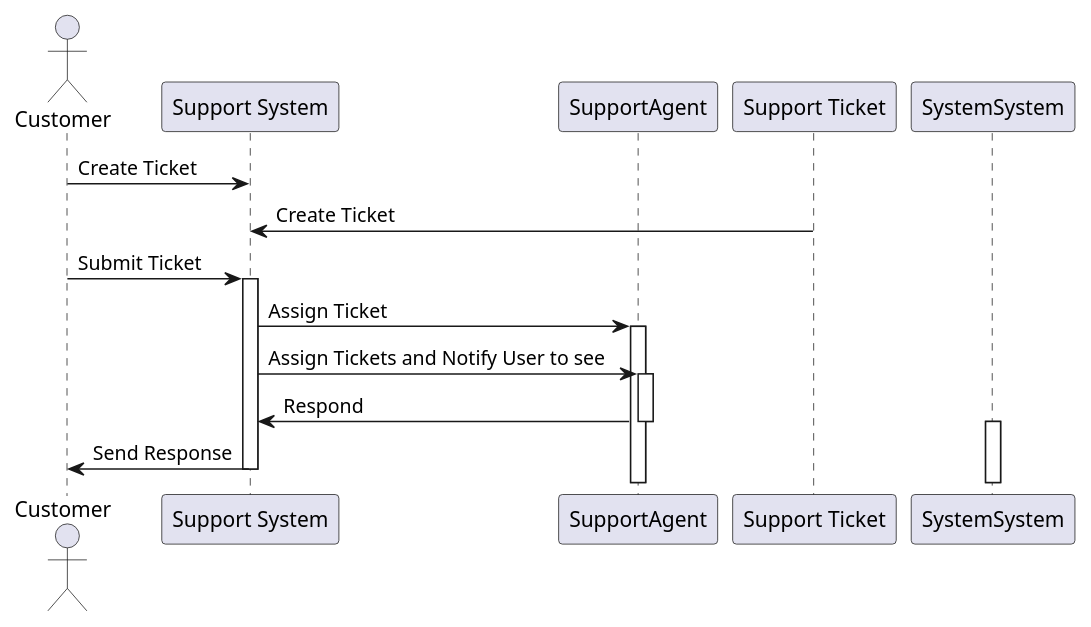
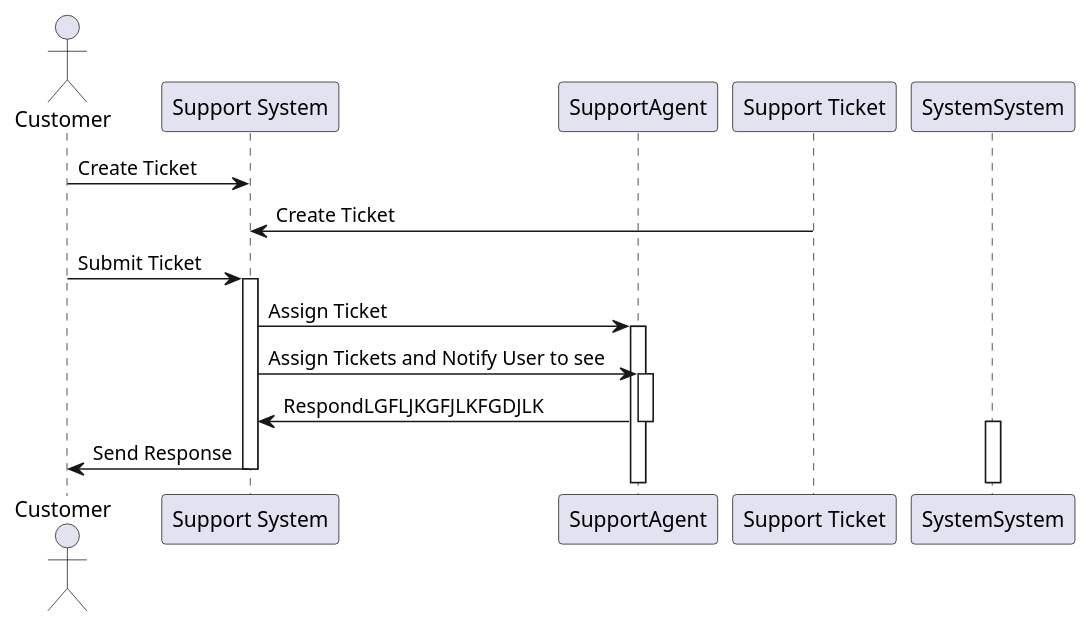
One commit to alladin7000/alladin7000.github.io changed the diagram in diagrams/s.puml. Above: the diagram before and after it, drawn with PlantUML.

```diff
--- a/diagrams/s.puml
+++ b/diagrams/s.puml
@@ -1,23 +1,23 @@
 @startuml
 actor Customer
 participant "Support System" as System
 participant "SupportAgent"
 participant "Support Ticket" as Ticket
 Customer -> System : Create Ticket
 Ticket -> System : Create Ticket
 Customer -> System : Submit Ticket
 activate System
 
 System -> SupportAgent : Assign Ticket
 activate SupportAgent
 
 System -> SupportAgent : Assign Tickets and Notify User to see 
 activate SupportAgent
 
-SupportAgent -> System : Respond
+SupportAgent -> System : RespondLGFLJKGFJLKFGDJLK
 deactivate SupportAgent
 activate SystemSystem
 
 System -> Customer : Send Response
 deactivate System
 @enduml
```
